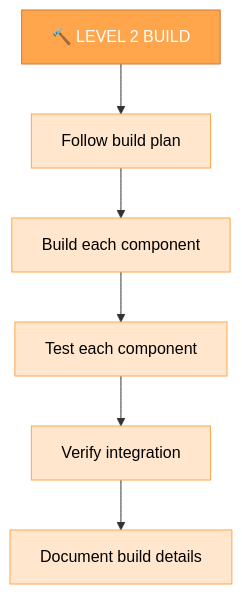
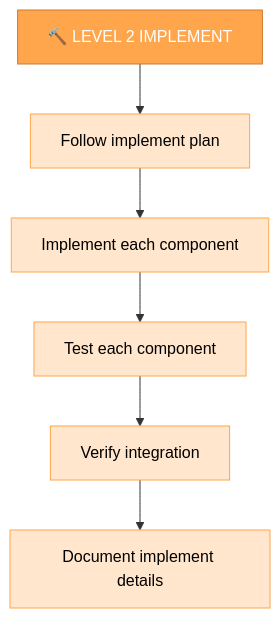
Before and after one commit to jedita/cursor-memory-bank: the third of 6 diagrams in custom_modes/implement_instructions.md, drawn with Mermaid. The commit also changed other lines of this file and 20 other files, not shown here.

````diff
--- a/custom_modes/implement_instructions.md
+++ b/custom_modes/implement_instructions.md
@@ -189,15 +189,15 @@
 ```mermaid
 graph TD
-    L2["🔨 LEVEL 2 BUILD"] --> Plan["Follow build plan"]
-    Plan --> Components["Build each component"]
+    L2["🔨 LEVEL 2 IMPLEMENT"] --> Plan["Follow implement plan"]
+    Plan --> Components["Implement each component"]
     Components --> Test["Test each component"]
     Test --> Integration["Verify integration"]
-    Integration --> Doc["Document build details"]
+    Integration --> Doc["Document implement details"]
     
     style L2 fill:#ffa64d,stroke:#cc7a30,color:white
     style Plan fill:#ffe6cc,stroke:#ffa64d,color:black
     style Components fill:#ffe6cc,stroke:#ffa64d,color:black
     style Test fill:#ffe6cc,stroke:#ffa64d,color:black
     style Integration fill:#ffe6cc,stroke:#ffa64d,color:black
     style Doc fill:#ffe6cc,stroke:#ffa64d,color:black
 ```
````
